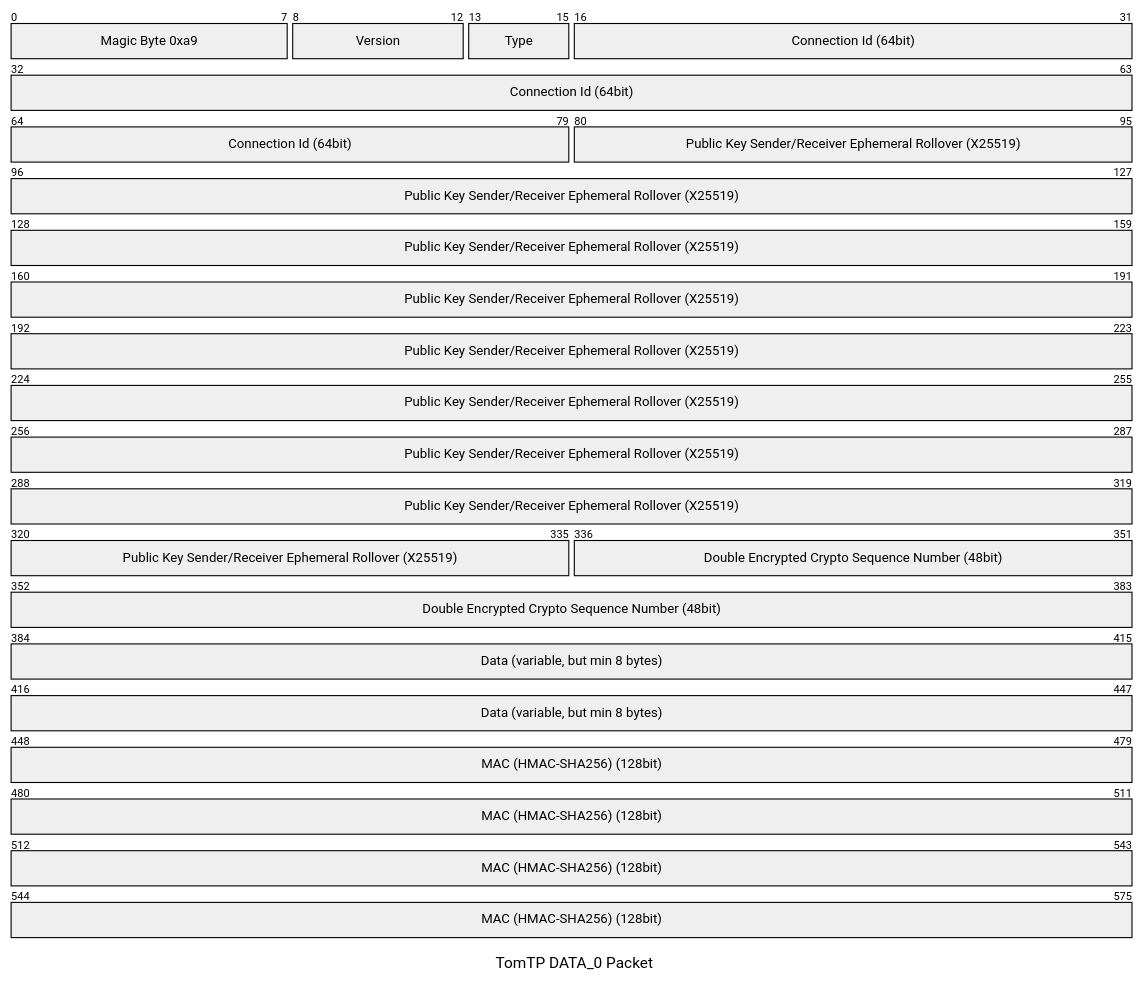
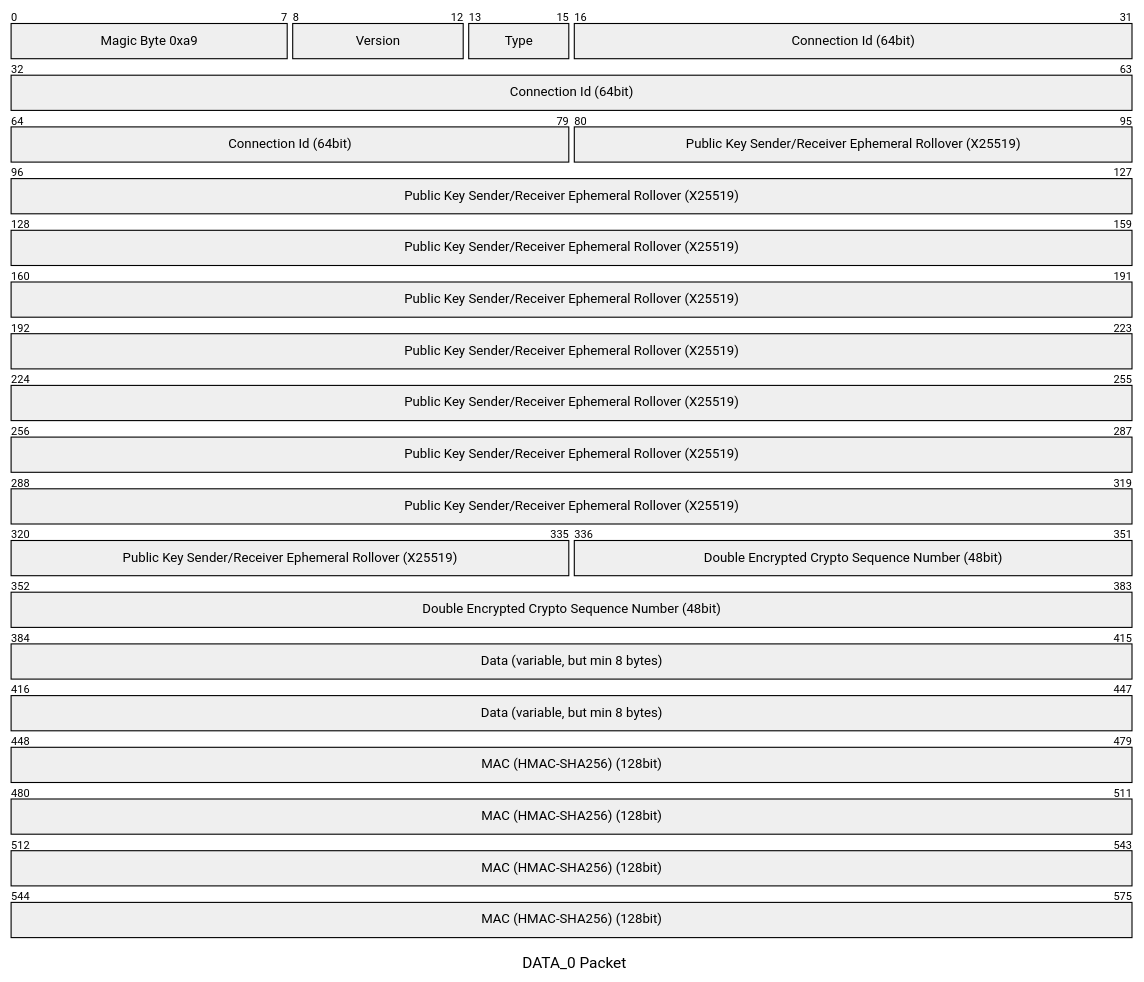
One commit to tbocek/tomtp changed the fifth of 9 diagrams in Readme.md. Above: the diagram before and after it, drawn with Mermaid. The commit also changed other lines of this file and 10 other files, not shown here.

````diff
--- a/Readme.md
+++ b/Readme.md
@@ -154,14 +162,14 @@
 ```mermaid
 ---
-title: "TomTP DATA_0 Packet"
+title: "DATA_0 Packet"
 ---
 packet-beta
   0-7: "Magic Byte 0xa9"
   8-12: "Version"
   13-15: "Type"
   16-79: "Connection Id (64bit)"
   80-335: "Public Key Sender/Receiver Ephemeral Rollover (X25519)"
   336-383: "Double Encrypted Crypto Sequence Number (48bit)"
   384-447: "Data (variable, but min 8 bytes)"
   448-575: "MAC (HMAC-SHA256) (128bit)"
 ```
````
